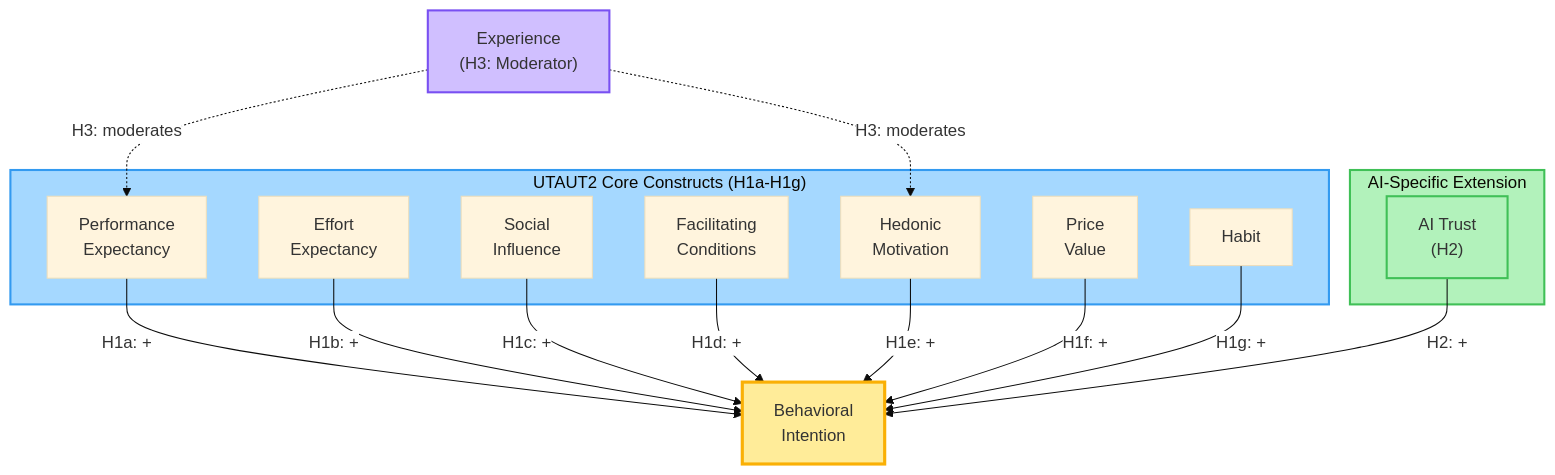
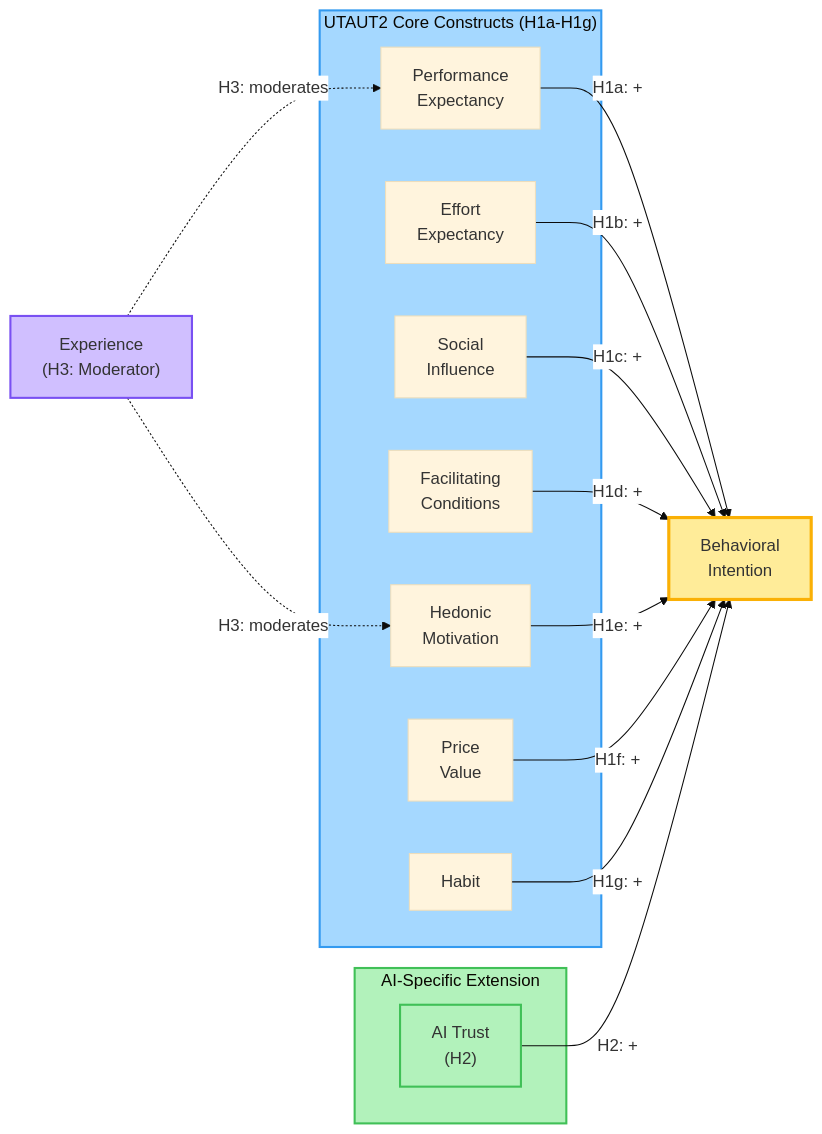
Before and after one commit to fabioc-aloha/AIRS_Data_Analysis: the second of 3 diagrams in thesis-v2/manuscript/chapters/02_literature_review.md, drawn with Mermaid. The commit also changed other lines of this file and 23 other files, not shown here.

First line of the commit message:
thesis-v2: bibliography audit, citation conversions, timeline fix, §5.3.5 converging validation

````diff
--- a/thesis-v2/manuscript/chapters/02_literature_review.md
+++ b/thesis-v2/manuscript/chapters/02_literature_review.md
@@ -184,38 +184,38 @@
 ```mermaid
 %%{init: {'theme': 'base', 'themeVariables': {'edgeLabelBackground': '#ffffff'}}}%%
-flowchart TB
+flowchart LR
     subgraph UTAUT2["UTAUT2 Core Constructs (H1a-H1g)"]
         PE["Performance<br/>Expectancy"]
         EE["Effort<br/>Expectancy"]
         SI["Social<br/>Influence"]
         FC["Facilitating<br/>Conditions"]
         HM["Hedonic<br/>Motivation"]
         PV["Price<br/>Value"]
         HT["Habit"]
     end
 
     subgraph AIExt["AI-Specific Extension"]
         TR["AI Trust<br/>(H2)"]
     end
 
     BI["Behavioral<br/>Intention"]
     EXP["Experience<br/>(H3: Moderator)"]
 
     PE -->|H1a: +| BI
     EE -->|H1b: +| BI
     SI -->|H1c: +| BI
     FC -->|H1d: +| BI
     HM -->|H1e: +| BI
     PV -->|H1f: +| BI
     HT -->|H1g: +| BI
     TR -->|H2: +| BI
 
     EXP -.->|H3: moderates| PE
     EXP -.->|H3: moderates| HM
 
     style UTAUT2 fill:#a5d8ff,stroke:#339af0,stroke-width:2px
     style AIExt fill:#b2f2bb,stroke:#40c057,stroke-width:2px
     style TR fill:#b2f2bb,stroke:#40c057,stroke-width:2px
     style BI fill:#ffec99,stroke:#fab005,stroke-width:3px
     style EXP fill:#d0bfff,stroke:#7950f2,stroke-width:2px
 ```
````
